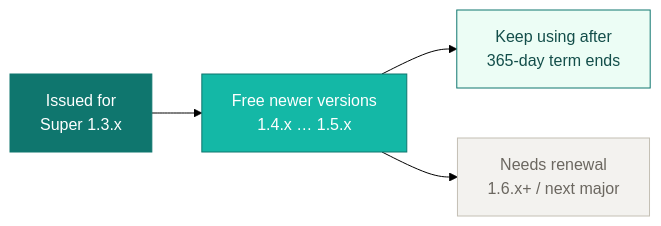
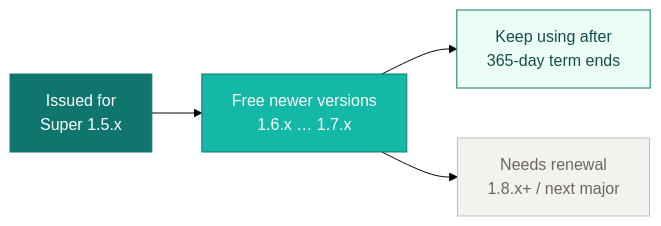
Before and after one commit to schiplat/super: the diagram in docs/content/go/pro.md, drawn with Mermaid (forest theme). The commit also changed other lines of this file and 12 other files, not shown here.

````diff
--- a/docs/content/go/pro.md
+++ b/docs/content/go/pro.md
@@ -52,10 +57,10 @@
 ```mermaid
 flowchart LR
-  I["Issued for<br/>Super 1.3.x"] --> F["Free newer versions<br/>1.4.x … 1.5.x"]
+  I["Issued for<br/>Super 1.5.x"] --> F["Free newer versions<br/>1.6.x … 1.7.x"]
   F --> K["Keep using after<br/>365-day term ends"]
-  F --> R["Needs renewal<br/>1.6.x+ / next major"]
+  F --> R["Needs renewal<br/>1.8.x+ / next major"]
   style I fill:#0f766e,stroke:#0f766e,color:#fff
   style F fill:#14b8a6,stroke:#0f766e,color:#fff
   style K fill:#ecfdf5,stroke:#0f766e,color:#134e4a
   style R fill:#f3f2ef,stroke:#c4bfb4,color:#6b6760
 ```
````
